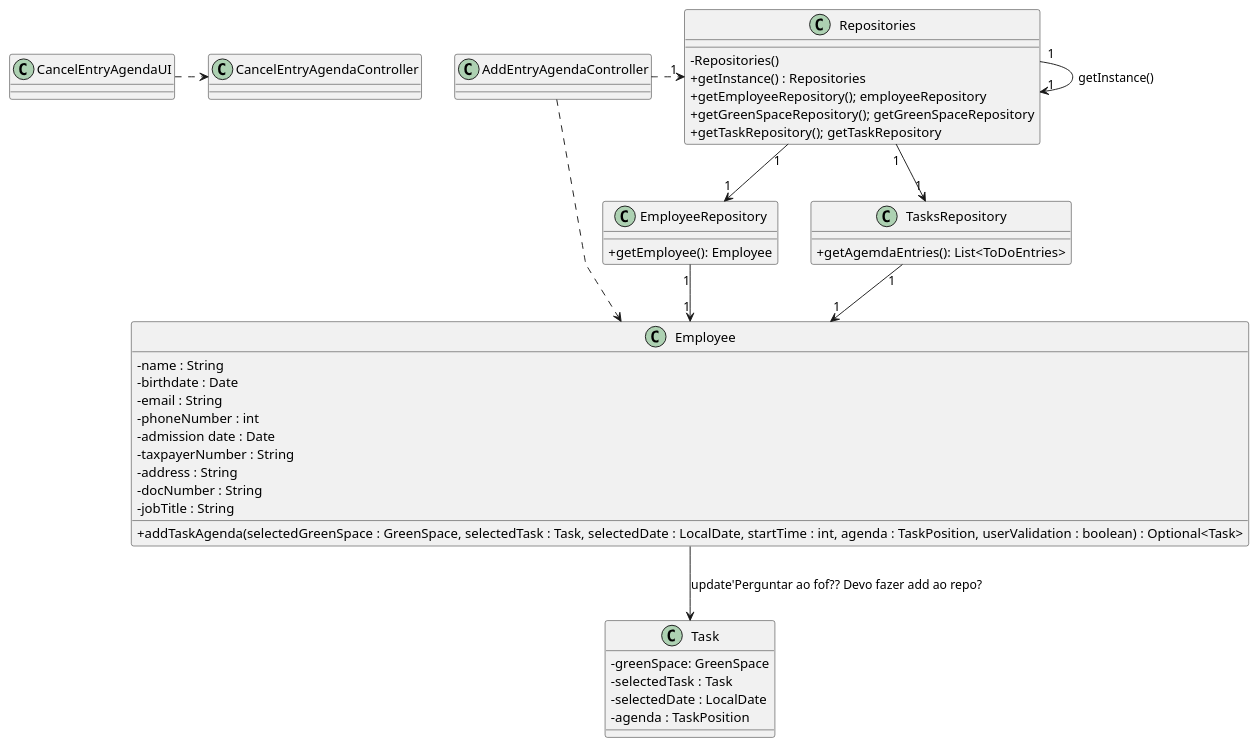
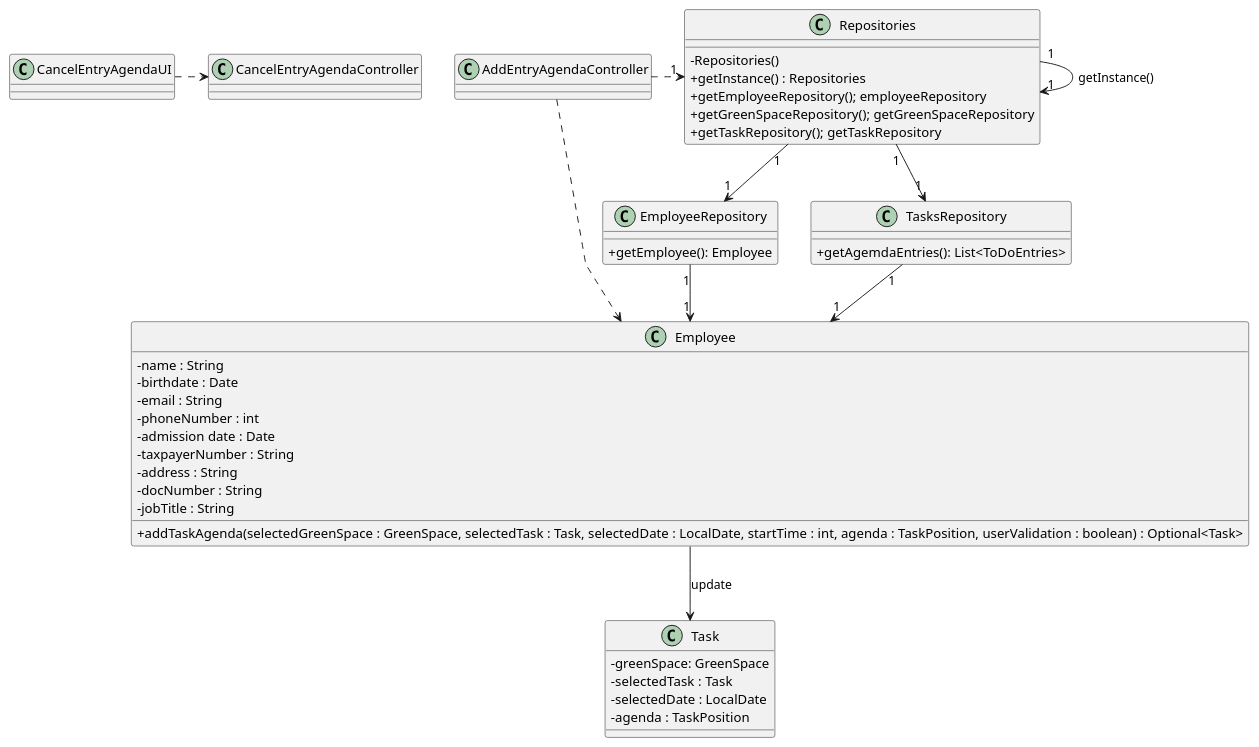
Before and after one commit to LopemigueISEP/lei-24-s2-1nb-g312: the diagram in docs/sprintC/US025/03.design/puml/us025-class-diagram.puml, drawn with PlantUML. The commit also changed 1 other file, not shown here.

```diff
--- a/docs/sprintC/US025/03.design/puml/us025-class-diagram.puml
+++ b/docs/sprintC/US025/03.design/puml/us025-class-diagram.puml
@@ -1,78 +1,78 @@
 @startuml
 'skinparam monochrome true
 skinparam packageStyle rectangle
 skinparam shadowing false
 skinparam linetype polyline
 'skinparam linetype orto
 
 skinparam classAttributeIconSize 0
 
 'left to right direction
 class Employee{
     -name : String
     -birthdate : Date
     -email : String
     -phoneNumber : int
     -admission date : Date
     -taxpayerNumber : String
     -address : String
     -docNumber : String
     -jobTitle : String
 
 + addTaskAgenda(selectedGreenSpace : GreenSpace, selectedTask : Task, selectedDate : LocalDate, startTime : int, agenda : TaskPosition, userValidation : boolean) : Optional<Task>
 
 
 }
 
 class Task{
 -greenSpace: GreenSpace
 -selectedTask : Task
 -selectedDate : LocalDate
 -agenda : TaskPosition
 
 }
 
 
 class CancelEntryAgendaController{
 
 }
 
 class CancelEntryAgendaUI{
 
 }
 
 class Repositories {
     - Repositories()
     + getInstance() : Repositories
     + getEmployeeRepository(); employeeRepository
      + getGreenSpaceRepository(); getGreenSpaceRepository
      + getTaskRepository(); getTaskRepository
 
 }
 class EmployeeRepository{
 
 
 +getEmployee(): Employee
 
 }
 class TasksRepository{
  +getAgemdaEntries(): List<ToDoEntries>
 }
 
 CancelEntryAgendaUI .>CancelEntryAgendaController
 
 AddEntryAgendaController .> "1" Repositories
 
 Repositories "1" --> "1" Repositories : getInstance()
 Repositories "1" --> "1" EmployeeRepository
 Repositories "1" --> "1" TasksRepository
 
 AddEntryAgendaController ..>Employee
 
 EmployeeRepository "1" --> "1" Employee
 TasksRepository "1" --> "1" Employee
 
-Employee --> Task: update'Perguntar ao fof?? Devo fazer add ao repo?
+Employee --> Task: update
 
 
 @enduml
```
